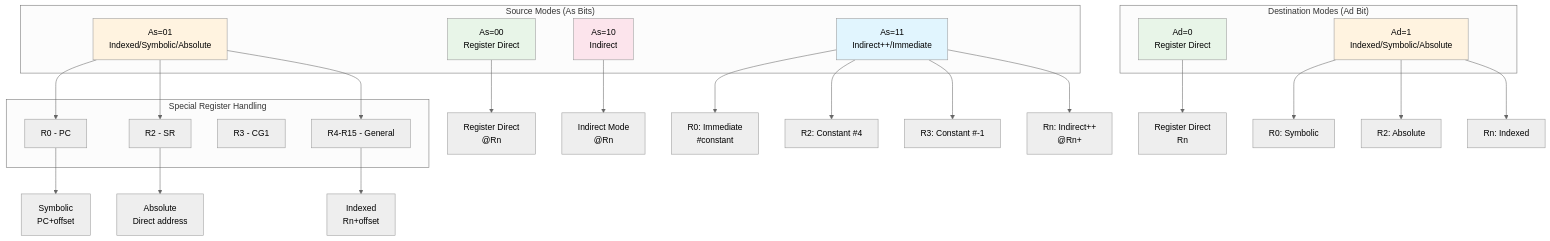
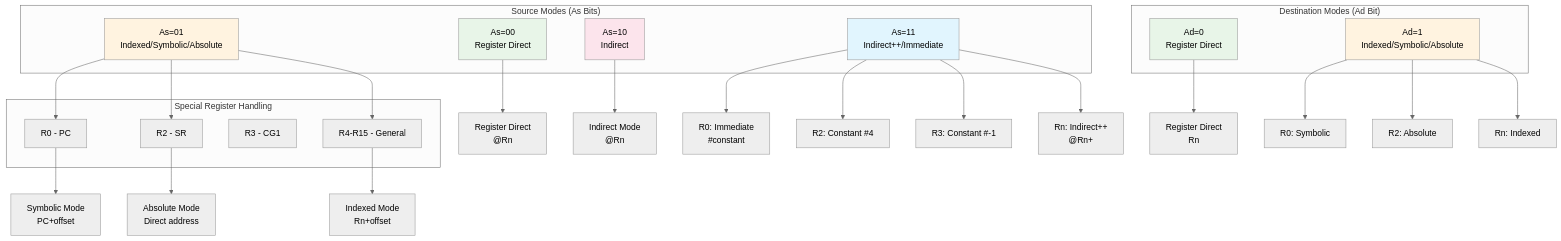
The fifth of 6 diagrams in docs/diagrams/instructions/addressing_modes.md (grahame-white/ai_msp430_emulator), drawn with Mermaid (neutral theme) before and after one commit.

Commit message:
Improve Mermaid diagram readability by expanding node labels for better parsing

````diff
--- a/docs/diagrams/instructions/addressing_modes.md
+++ b/docs/diagrams/instructions/addressing_modes.md
@@ -129,46 +129,46 @@
 ```mermaid
 flowchart TD
     subgraph "Source Modes (As Bits)"
         As00[As=00<br/>Register Direct]
         As01[As=01<br/>Indexed/Symbolic/Absolute]
         As10[As=10<br/>Indirect]
         As11[As=11<br/>Indirect++/Immediate]
     end
     
     subgraph "Special Register Handling"
         R0_5[R0 - PC]
         R2_5[R2 - SR]
         R3_5[R3 - CG1]
         RN_5[R4-R15 - General]
     end
     
     subgraph "Destination Modes (Ad Bit)"
         Ad0[Ad=0<br/>Register Direct]
         Ad1[Ad=1<br/>Indexed/Symbolic/Absolute]
     end
     
     As00 --> RegDirect5[Register Direct<br/>@Rn]
     
-    As01 --> R0_5 --> Symbolic5[Symbolic<br/>PC+offset]
-    As01 --> R2_5 --> Absolute5[Absolute<br/>Direct address]
-    As01 --> RN_5 --> Indexed5[Indexed<br/>Rn+offset]
+    As01 --> R0_5 --> Symbolic5[Symbolic Mode<br/>PC+offset]
+    As01 --> R2_5 --> Absolute5[Absolute Mode<br/>Direct address]
+    As01 --> RN_5 --> Indexed5[Indexed Mode<br/>Rn+offset]
     
     As10 --> IndirectMatrix5[Indirect Mode<br/>@Rn]
     
     As11 --> R0_Imm5[R0: Immediate<br/>#constant]
     As11 --> R2_C4_5[R2: Constant #4]
     As11 --> R3_CN1_5[R3: Constant #-1]
     As11 --> RN_Inc5[Rn: Indirect++<br/>@Rn+]
     
     Ad0 --> RegDirectDst5[Register Direct<br/>Rn]
     Ad1 --> R0Dst5[R0: Symbolic] 
     Ad1 --> R2Dst5[R2: Absolute]
     Ad1 --> RNDst5[Rn: Indexed]
     
     style As00 fill:#e8f5e8
     style As01 fill:#fff3e0
     style As10 fill:#fce4ec
     style As11 fill:#e1f5fe
     style Ad0 fill:#e8f5e8
     style Ad1 fill:#fff3e0
 ```
````
